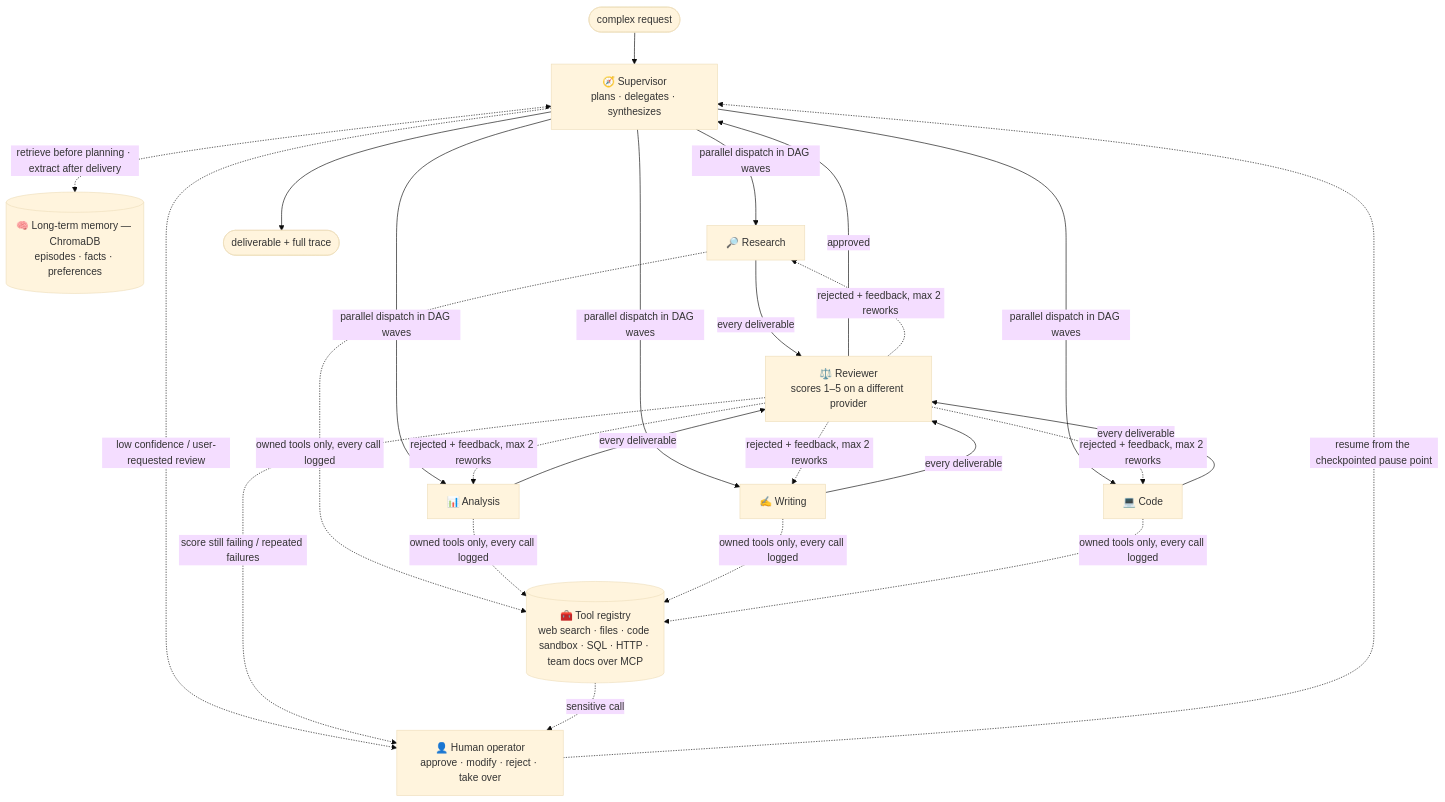
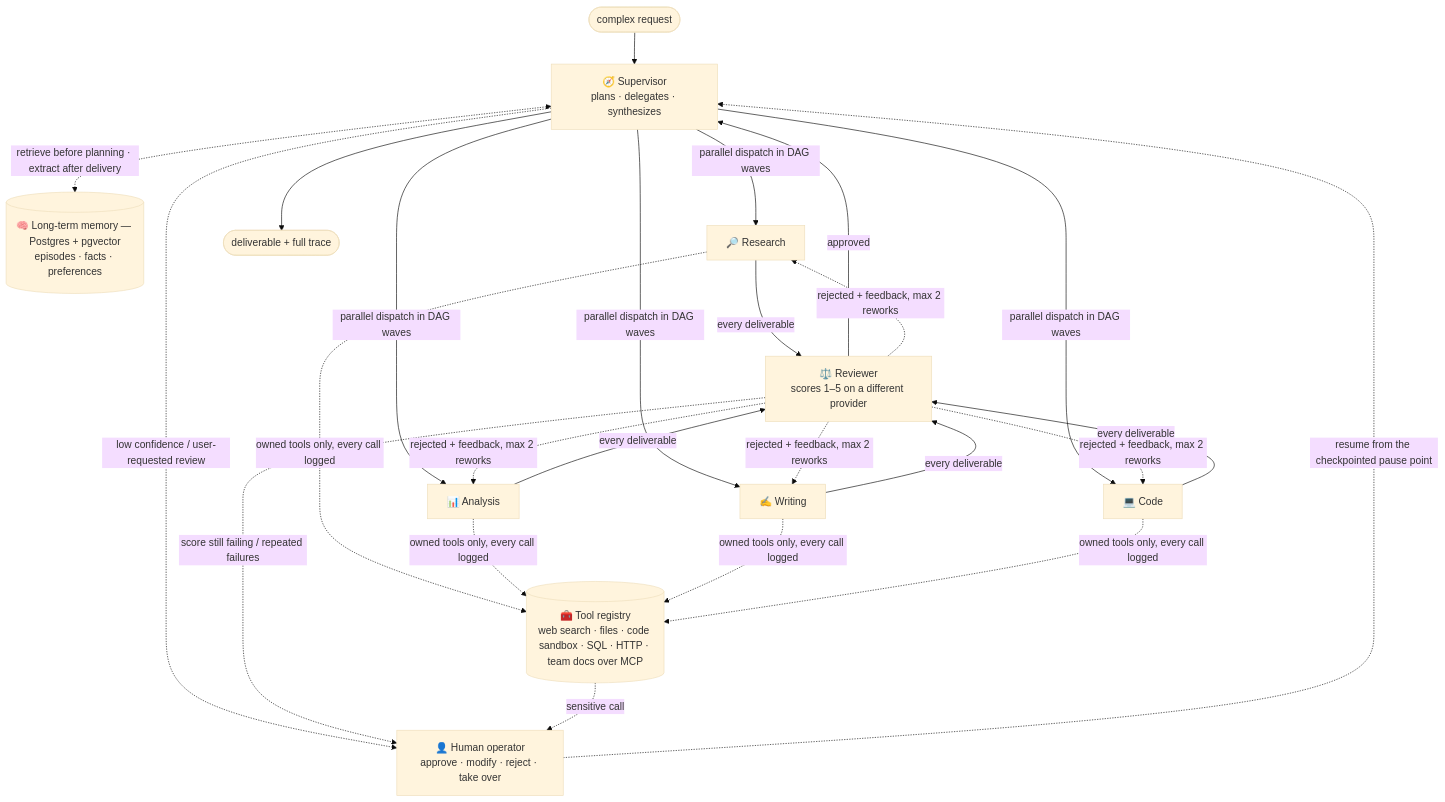
The first of 2 diagrams in services/agent/README.md (AlirezaAbedinii/groundwork-agents), drawn with Mermaid (base theme) before and after one commit. The commit also changed other lines of this file and 2 other files, not shown here.

Commit message:
Describe pgvector storage in the service READMEs

````diff
--- a/services/agent/README.md
+++ b/services/agent/README.md
@@ -9,30 +9,30 @@
 ```mermaid
 flowchart TD
     USER([complex request]) --> SUP
 
     SUP["🧭 Supervisor<br/>plans · delegates · synthesizes"]
-    MEM[("🧠 Long-term memory — ChromaDB<br/>episodes · facts · preferences")]
+    MEM[("🧠 Long-term memory — Postgres + pgvector<br/>episodes · facts · preferences")]
     SUP <-.->|retrieve before planning · extract after delivery| MEM
 
     SUP -->|parallel dispatch in DAG waves| R & A & W & C
     R["🔎 Research"]
     A["📊 Analysis"]
     W["✍️ Writing"]
     C["💻 Code"]
 
     TOOLS[("🧰 Tool registry<br/>web search · files · code sandbox · SQL · HTTP · team docs over MCP")]
     R & A & W & C -.->|owned tools only, every call logged| TOOLS
 
     R & A & W & C -->|every deliverable| REV
     REV["⚖️ Reviewer<br/>scores 1–5 on a different provider"]
     REV -->|approved| SUP
     REV -.->|rejected + feedback, max 2 reworks| R & A & W & C
 
     HUMAN["👤 Human operator<br/>approve · modify · reject · take over"]
     SUP -.->|low confidence / user-requested review| HUMAN
     REV -.->|score still failing / repeated failures| HUMAN
     TOOLS -.->|sensitive call| HUMAN
     HUMAN -.->|resume from the checkpointed pause point| SUP
 
     SUP --> FINAL([deliverable + full trace])
 ```
````
